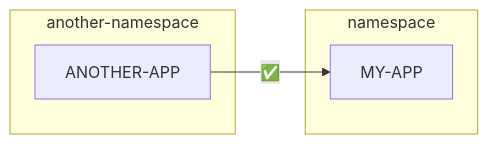
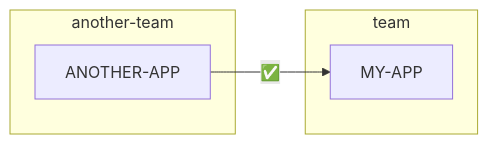
The second of 5 diagrams in docs/workloads/how-to/access-policies.md (nais/doc), drawn with Mermaid before and after one commit. The commit also changed other lines of this file and 8 other files, not shown here.

````diff
--- a/docs/workloads/how-to/access-policies.md
+++ b/docs/workloads/how-to/access-policies.md
@@ -69,15 +73,15 @@
     ```mermaid
     graph LR
-      accTitle: Receive requests from other app in another namespace
-      accDescr: The diagram shows two applications in different namespaces, <MY-APP> and <ANOTHER-APP>. Application <MY-APP> is allowing requests from <ANOTHER-APP>.
+      accTitle: Receive requests from another app in another team
+      accDescr: The diagram shows two applications in different teams, MY-APP and ANOTHER-APP. Application MY-APP is allowed to receive requests from ANOTHER-APP.
 
       ANOTHER-APP--"✅"-->MY-APP
 
-      subgraph namespace
+      subgraph team
         MY-APP
       end
 
-      subgraph another-namespace
+      subgraph another-team
         ANOTHER-APP
       end
     ```
````
